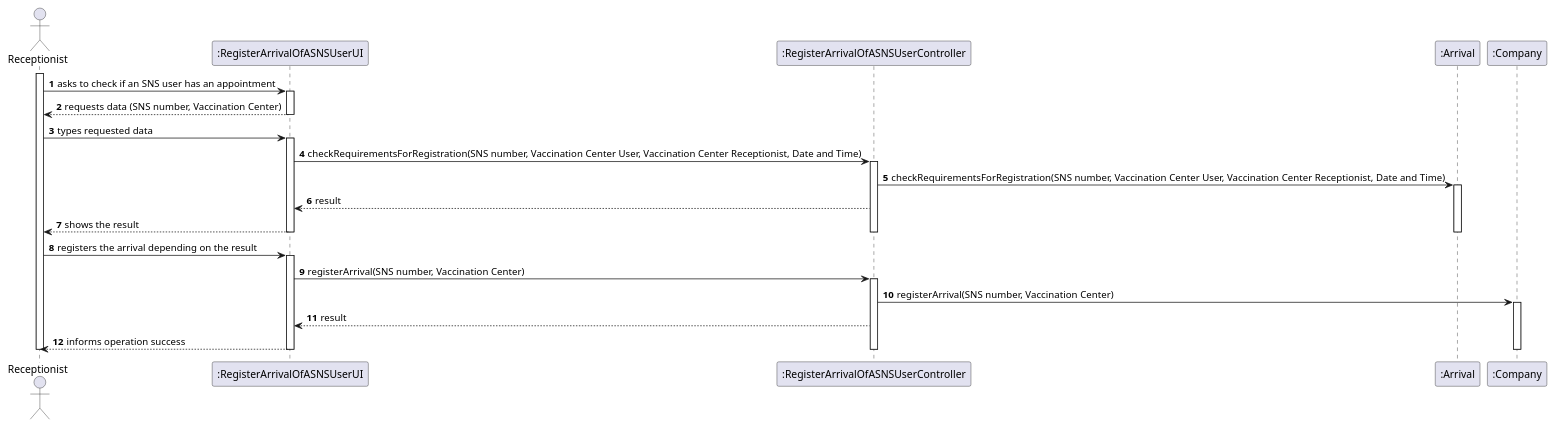
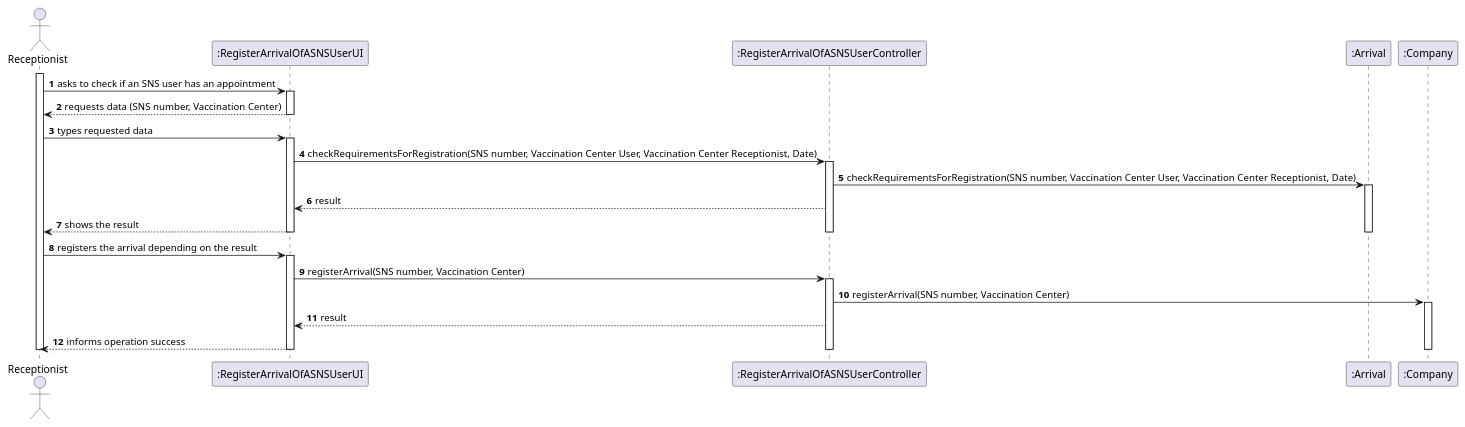
Before and after one commit to Pirussa/lei-22-s2-1da-g02: the diagram in docs/SprintC/US004/US004_SD.puml, drawn with PlantUML. The commit also changed 4 other files, not shown here.

Commit message:
US004 - Design improvements on the Class Diagram (Class VaccinationCenter and ScheduleVaccine were added) and modifications on System Diagram (Date and Time now just Date) Implementation - Class Company no longer needed

```diff
--- a/docs/SprintC/US004/US004_SD.puml
+++ b/docs/SprintC/US004/US004_SD.puml
@@ -1,60 +1,60 @@
 @startuml
 autonumber
 
 actor "Receptionist" as R
 
 participant ":RegisterArrivalOfASNSUserUI" as UI
 participant ":RegisterArrivalOfASNSUserController" as CTRL
 participant ":Arrival" as A
 participant ":Company" as C
 
 activate R
 
 R -> UI : asks to check if an SNS user has an appointment
 activate UI
 
 UI --> R : requests data (SNS number, Vaccination Center)
 deactivate UI
 
 R -> UI : types requested data
 activate UI
 
-UI -> CTRL : checkRequirementsForRegistration(SNS number, Vaccination Center User, Vaccination Center Receptionist, Date and Time)
+UI -> CTRL : checkRequirementsForRegistration(SNS number, Vaccination Center User, Vaccination Center Receptionist, Date)
 activate CTRL
 
-CTRL -> A : checkRequirementsForRegistration(SNS number, Vaccination Center User, Vaccination Center Receptionist, Date and Time)
+CTRL -> A : checkRequirementsForRegistration(SNS number, Vaccination Center User, Vaccination Center Receptionist, Date)
 activate A
 
 CTRL --> UI : result
 
 UI --> R: shows the result
 
 deactivate A
 
 deactivate CTRL
 deactivate UI
 
 
 R -> UI : registers the arrival depending on the result
 activate UI
 
 UI -> CTRL : registerArrival(SNS number, Vaccination Center)
 activate CTRL
 
 CTRL -> C : registerArrival(SNS number, Vaccination Center)
 activate C
 
 
 
 
 CTRL --> UI: result
 
 UI --> R : informs operation success
 
 deactivate C
 deactivate CTRL
 deactivate UI
 deactivate R
 
 
 @enduml
```
